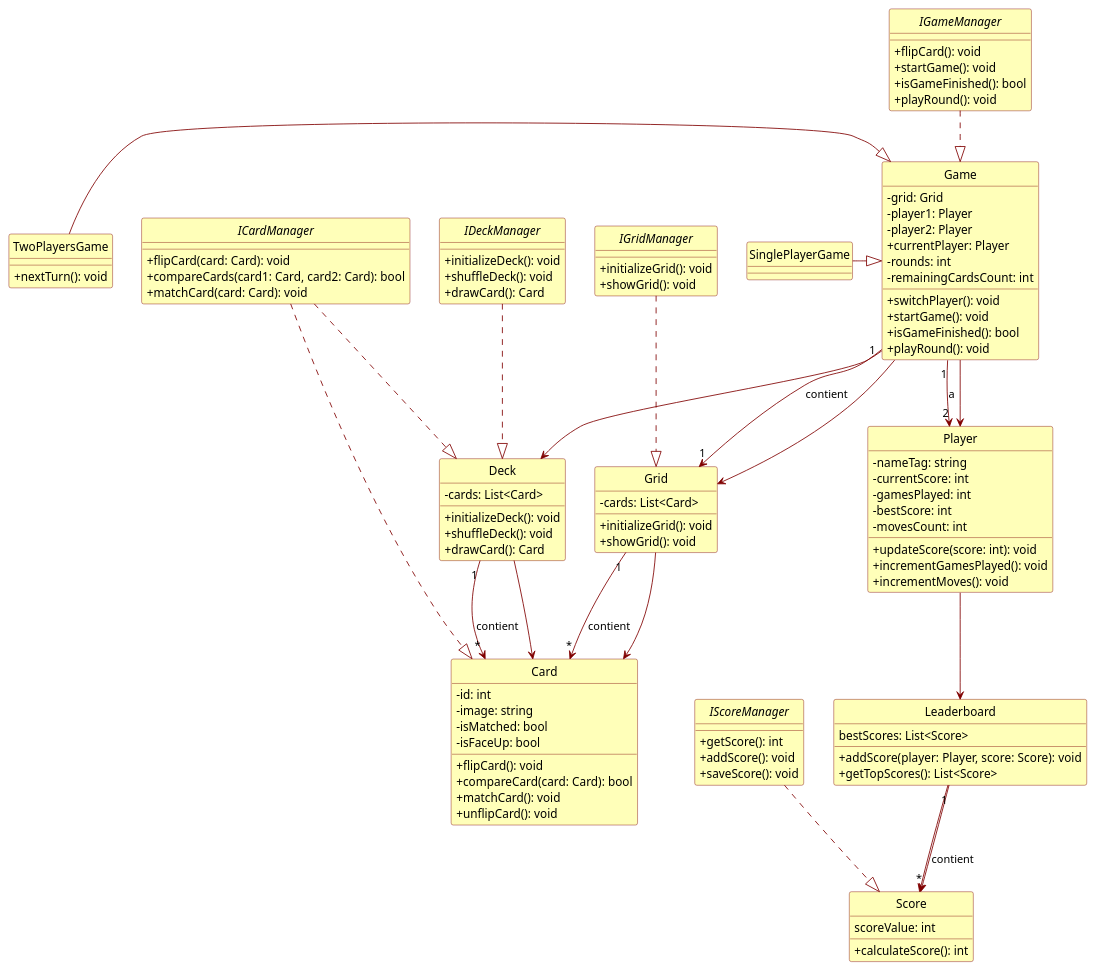
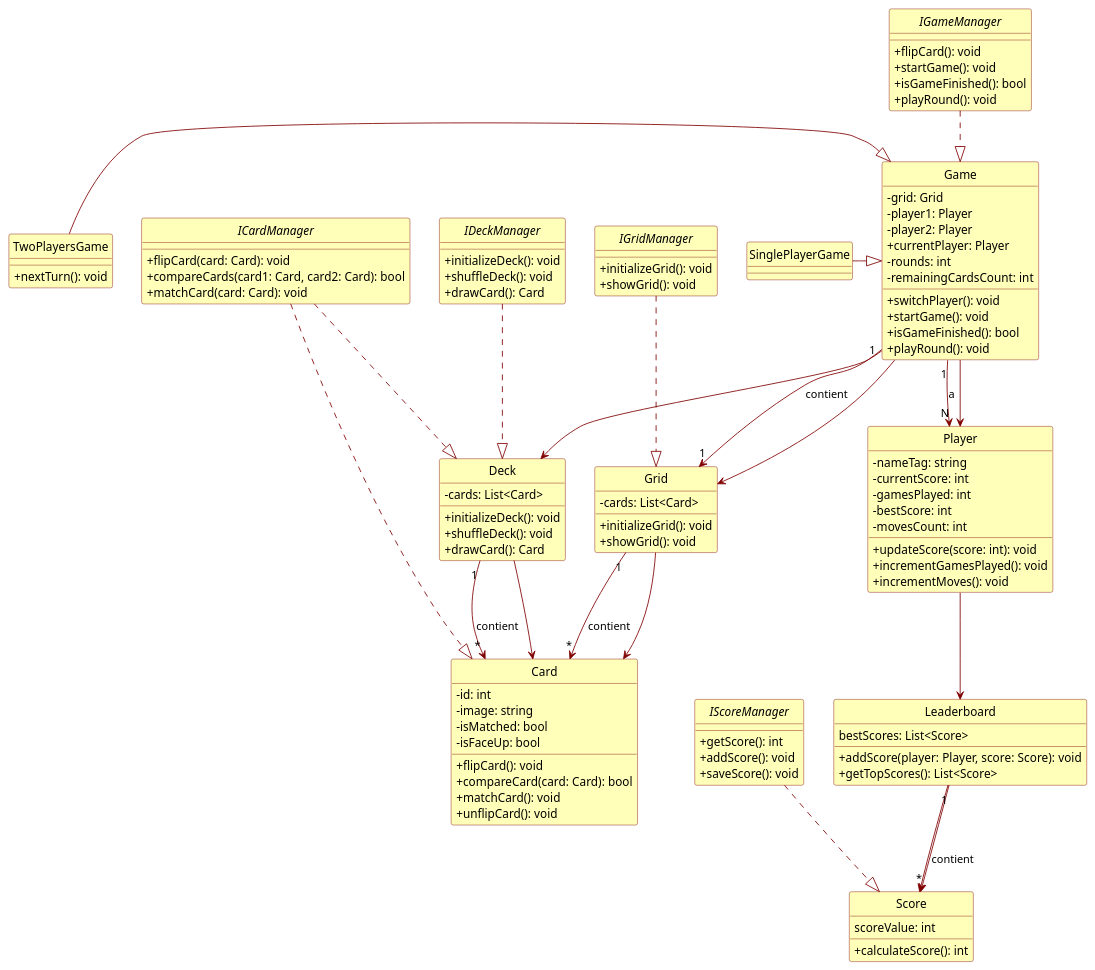
The diagram in src/Docs/Diagrammes/classes.md (PosiTr0n505/Game-Memory), drawn with PlantUML before and after one commit.

Commit message:
Mise à jour de 'src/Docs/Diagrammes/classes.md'

```diff
--- a/src/Docs/Diagrammes/classes.md
+++ b/src/Docs/Diagrammes/classes.md
@@ -138,7 +138,7 @@
 
 ' Cardinalités
 Deck "1" --> "*" Card : "contient"
-Game "1" --> "2" Player : "a"
+Game "1" --> "N" Player : "a"
 Game "1" --> "1" Grid : "contient"
 Grid "1" --> "*" Card : "contient"
 Leaderboard "1" --> "*" Score : "contient"
```
